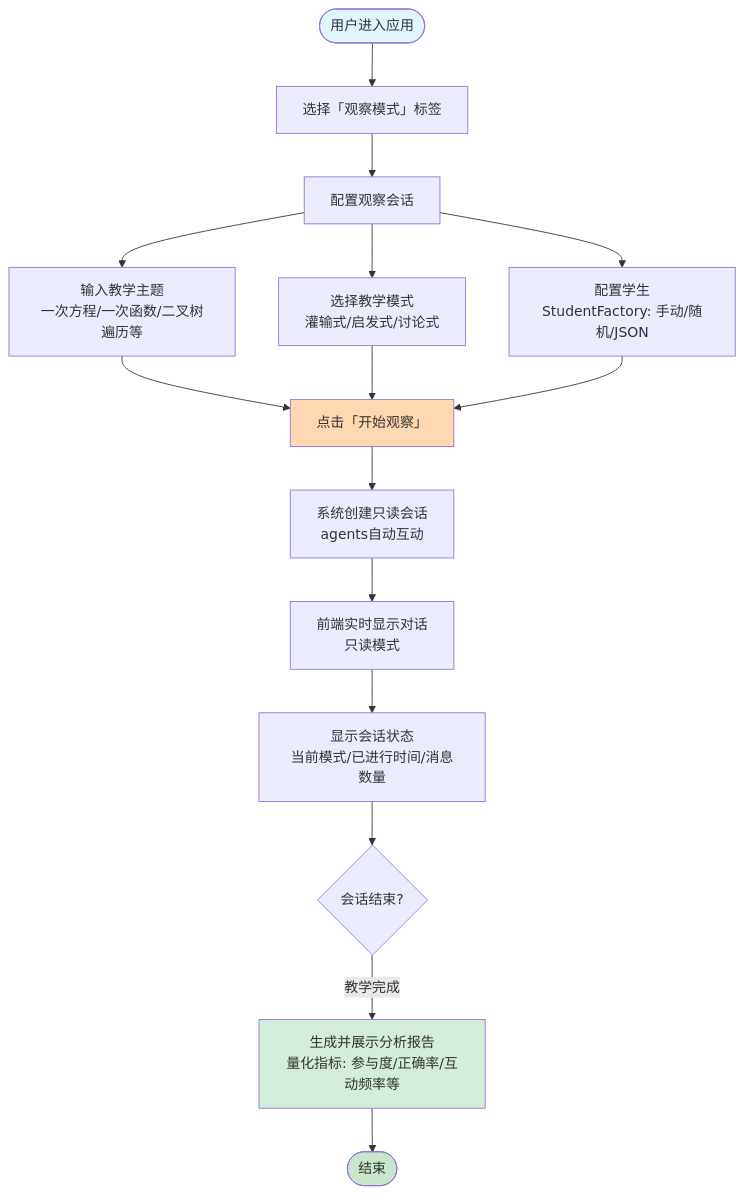
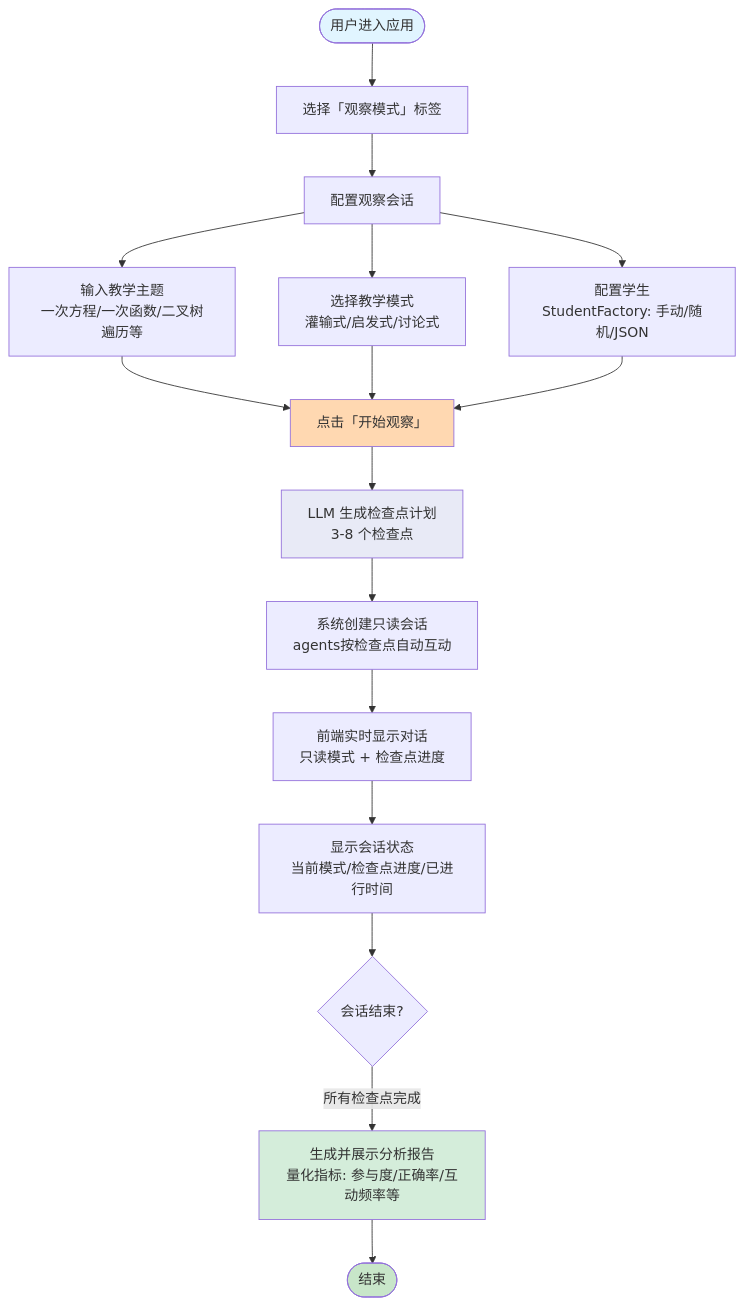
One commit to PZRvm/teaching-agent changed the second of 12 diagrams in docs/design.md. Above: the diagram before and after it, drawn with Mermaid. The commit also changed other lines of this file and 3 other files, not shown here.

````diff
--- a/docs/design.md
+++ b/docs/design.md
@@ -140,27 +137,29 @@
 ```mermaid
 flowchart TB
     Start([用户进入应用]) --> SelectTab[选择「观察模式」标签]
     SelectTab --> Config[配置观察会话]
-    
+
     Config --> InputTopic[输入教学主题<br/>一次方程/一次函数/二叉树遍历等]
     Config --> SelectMode[选择教学模式<br/>灌输式/启发式/讨论式]
     Config --> ConfigStudents[配置学生<br/>StudentFactory: 手动/随机/JSON]
-    
+
     InputTopic --> ClickStart
     SelectMode --> ClickStart
     ConfigStudents --> ClickStart[点击「开始观察」]
-    
-    ClickStart --> CreateSession[系统创建只读会话<br/>agents自动互动]
-    CreateSession --> WatchRealtime[前端实时显示对话<br/>只读模式]
-    
-    WatchRealtime --> ShowStatus[显示会话状态<br/>当前模式/已进行时间/消息数量]
+
+    ClickStart --> GenPlan[LLM 生成检查点计划<br/>3-8 个检查点]
+    GenPlan --> CreateSession[系统创建只读会话<br/>agents按检查点自动互动]
+    CreateSession --> WatchRealtime[前端实时显示对话<br/>只读模式 + 检查点进度]
+
+    WatchRealtime --> ShowStatus[显示会话状态<br/>当前模式/检查点进度/已进行时间]
     ShowStatus --> TeachingEnd{会话结束?}
-    
-    TeachingEnd -->|教学完成| GenerateReport[生成并展示分析报告<br/>量化指标: 参与度/正确率/互动频率等]
+
+    TeachingEnd -->|所有检查点完成| GenerateReport[生成并展示分析报告<br/>量化指标: 参与度/正确率/互动频率等]
     GenerateReport --> End([结束])
-    
+
     style Start fill:#e1f5ff
     style End fill:#c8e6c9
     style ClickStart fill:#ffd8b1
     style GenerateReport fill:#d4edda
+    style GenPlan fill:#e8eaf6
 ```
````
